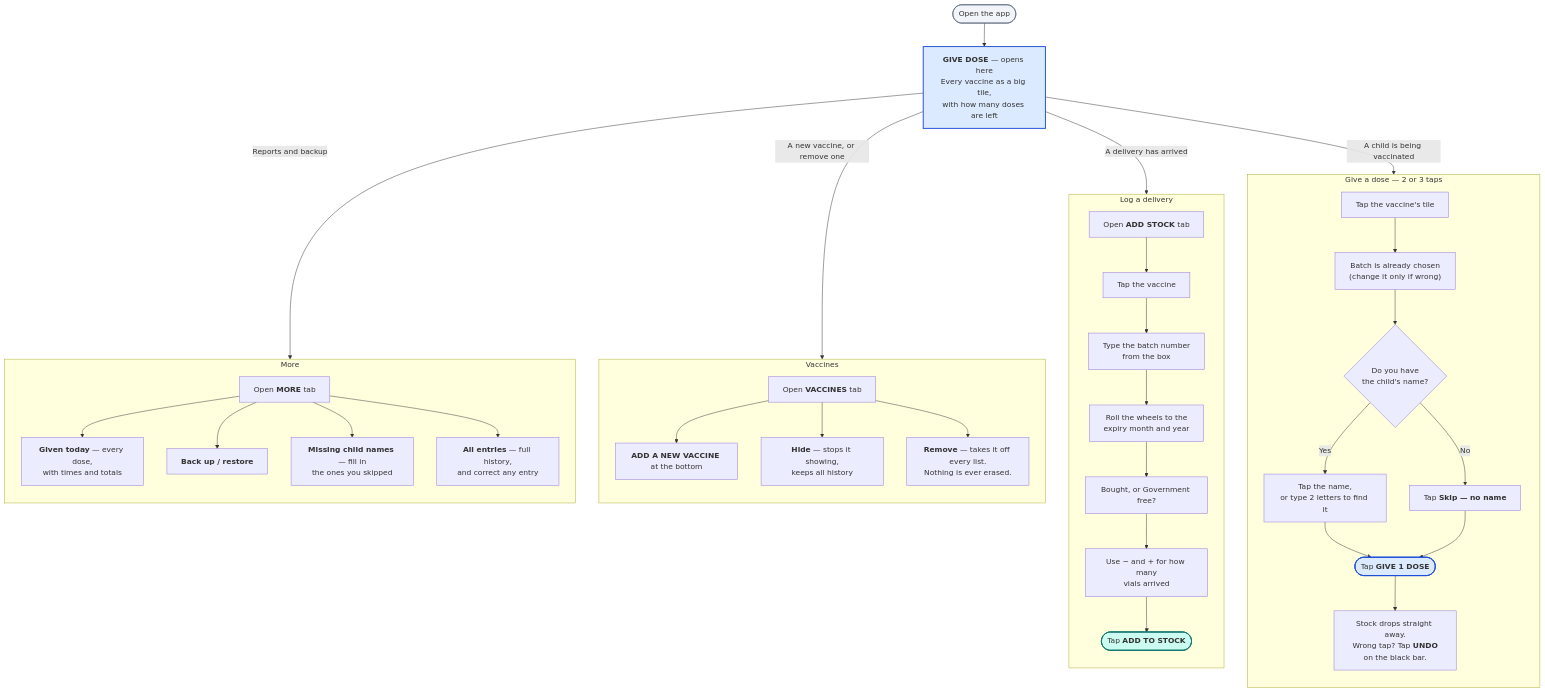
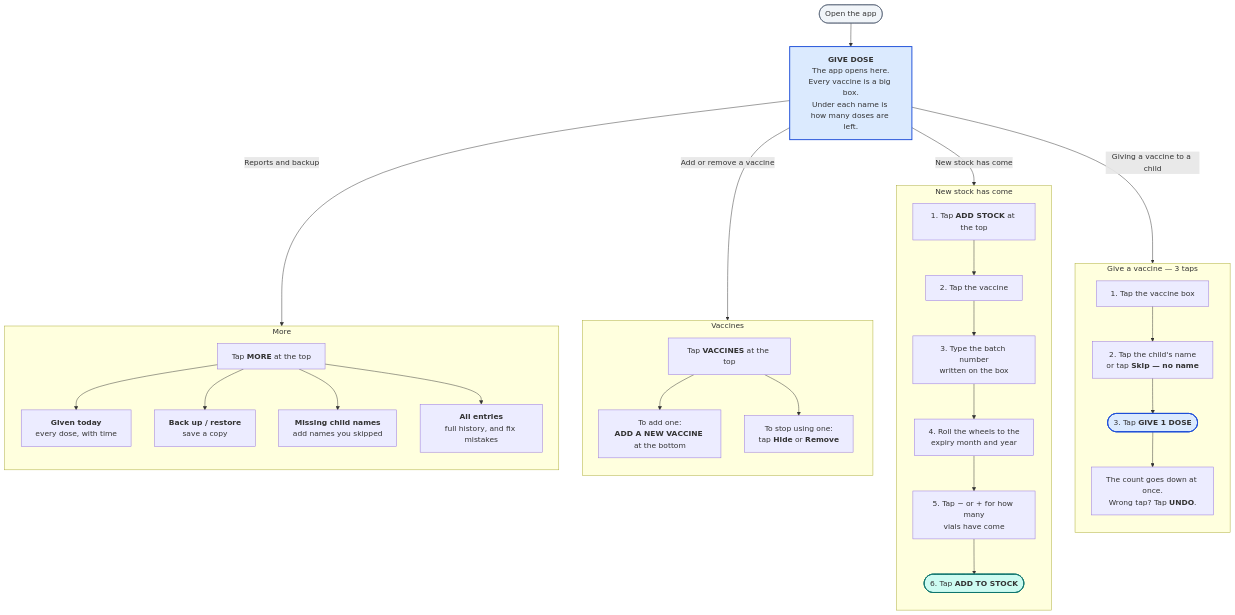
Before and after one commit to yashlad1/clinic-app: the diagram in docs/DOCTOR-GUIDE.md, drawn with Mermaid. The commit also changed other lines of this file, not shown here.

````diff
--- a/docs/DOCTOR-GUIDE.md
+++ b/docs/DOCTOR-GUIDE.md
@@ -12,52 +13,46 @@
 ```mermaid
 flowchart TD
     OPEN([Open the app]) --> HOME
 
-    HOME["<b>GIVE DOSE</b> — opens here<br/>Every vaccine as a big tile,<br/>with how many doses are left"]
+    HOME["<b>GIVE DOSE</b><br/>The app opens here.<br/>Every vaccine is a big box.<br/>Under each name is how many doses are left."]
 
-    HOME -->|"A child is being vaccinated"| D1
-    HOME -->|"A delivery has arrived"| S1
-    HOME -->|"A new vaccine, or remove one"| V1
+    HOME -->|"Giving a vaccine to a child"| D1
+    HOME -->|"New stock has come"| S1
+    HOME -->|"Add or remove a vaccine"| V1
     HOME -->|"Reports and backup"| M1
 
-    subgraph GIVE ["Give a dose — 2 or 3 taps"]
+    subgraph GIVE ["Give a vaccine — 3 taps"]
         direction TB
-        D1["Tap the vaccine's tile"] --> D2["Batch is already chosen<br/>(change it only if wrong)"]
-        D2 --> D3{"Do you have<br/>the child's name?"}
-        D3 -->|Yes| D4["Tap the name,<br/>or type 2 letters to find it"]
-        D3 -->|No| D5["Tap <b>Skip — no name</b>"]
-        D4 --> D6(["Tap <b>GIVE 1 DOSE</b>"])
-        D5 --> D6
-        D6 --> D7["Stock drops straight away.<br/>Wrong tap? Tap <b>UNDO</b><br/>on the black bar."]
+        D1["1. Tap the vaccine box"] --> D2["2. Tap the child's name<br/>or tap <b>Skip — no name</b>"]
+        D2 --> D3(["3. Tap <b>GIVE 1 DOSE</b>"])
+        D3 --> D4["The count goes down at once.<br/>Wrong tap? Tap <b>UNDO</b>."]
     end
 
-    subgraph ADD ["Log a delivery"]
+    subgraph ADD ["New stock has come"]
         direction TB
-        S1["Open <b>ADD STOCK</b> tab"] --> S2["Tap the vaccine"]
-        S2 --> S3["Type the batch number<br/>from the box"]
-        S3 --> S4["Roll the wheels to the<br/>expiry month and year"]
-        S4 --> S5["Bought, or Government free?"]
-        S5 --> S6["Use − and + for how many<br/>vials arrived"]
-        S6 --> S7(["Tap <b>ADD TO STOCK</b>"])
+        S1["1. Tap <b>ADD STOCK</b> at the top"] --> S2["2. Tap the vaccine"]
+        S2 --> S3["3. Type the batch number<br/>written on the box"]
+        S3 --> S4["4. Roll the wheels to the<br/>expiry month and year"]
+        S4 --> S5["5. Tap − or + for how many<br/>vials have come"]
+        S5 --> S6(["6. Tap <b>ADD TO STOCK</b>"])
     end
 
     subgraph CAT ["Vaccines"]
         direction TB
-        V1["Open <b>VACCINES</b> tab"] --> V2["<b>ADD A NEW VACCINE</b> at the bottom"]
-        V1 --> V3["<b>Hide</b> — stops it showing,<br/>keeps all history"]
-        V1 --> V4["<b>Remove</b> — takes it off every list.<br/>Nothing is ever erased."]
+        V1["Tap <b>VACCINES</b> at the top"] --> V2["To add one:<br/><b>ADD A NEW VACCINE</b> at the bottom"]
+        V1 --> V3["To stop using one:<br/>tap <b>Hide</b> or <b>Remove</b>"]
     end
 
     subgraph MORE ["More"]
         direction TB
-        M1["Open <b>MORE</b> tab"] --> M2["<b>Given today</b> — every dose,<br/>with times and totals"]
-        M1 --> M3["<b>Back up / restore</b>"]
-        M1 --> M4["<b>Missing child names</b> — fill in<br/>the ones you skipped"]
-        M1 --> M5["<b>All entries</b> — full history,<br/>and correct any entry"]
+        M1["Tap <b>MORE</b> at the top"] --> M2["<b>Given today</b><br/>every dose, with time"]
+        M1 --> M3["<b>Back up / restore</b><br/>save a copy"]
+        M1 --> M4["<b>Missing child names</b><br/>add names you skipped"]
+        M1 --> M5["<b>All entries</b><br/>full history, and fix mistakes"]
     end
 
     style HOME fill:#DBEAFE,stroke:#1D4ED8,stroke-width:2px
-    style D6 fill:#DBEAFE,stroke:#1D4ED8,stroke-width:2px
-    style S7 fill:#CCFBF1,stroke:#0F766E,stroke-width:2px
+    style D3 fill:#DBEAFE,stroke:#1D4ED8,stroke-width:2px
+    style S6 fill:#CCFBF1,stroke:#0F766E,stroke-width:2px
     style OPEN fill:#F1F5F9,stroke:#475569
 ```
````
